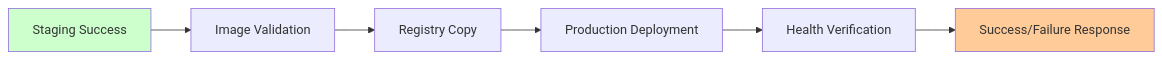
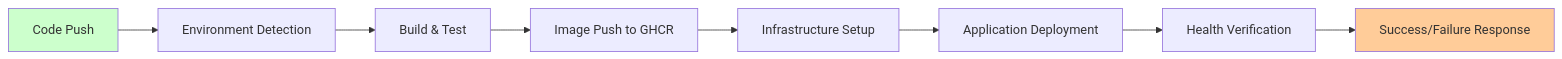
Before and after one commit to bxmty/dotca: the eighth of 11 diagrams in docs/component-interaction-diagram.md, drawn with Mermaid. The commit also changed other lines of this file and 7 other files, not shown here.

````diff
--- a/docs/component-interaction-diagram.md
+++ b/docs/component-interaction-diagram.md
@@ -212,11 +302,13 @@
 ```mermaid
 flowchart LR
-    A[Staging Success] --> B[Image Validation]
-    B --> C[Registry Copy]
-    C --> D[Production Deployment]
-    D --> E[Health Verification]
-    E --> F[Success/Failure Response]
+    A[Code Push] --> B[Environment Detection]
+    B --> C[Build & Test]
+    C --> D[Image Push to GHCR]
+    D --> E[Infrastructure Setup]
+    E --> F[Application Deployment]
+    F --> G[Health Verification]
+    G --> H[Success/Failure Response]
 
     style A fill:#ccffcc
-    style F fill:#ffcc99
+    style H fill:#ffcc99
 ```
````
